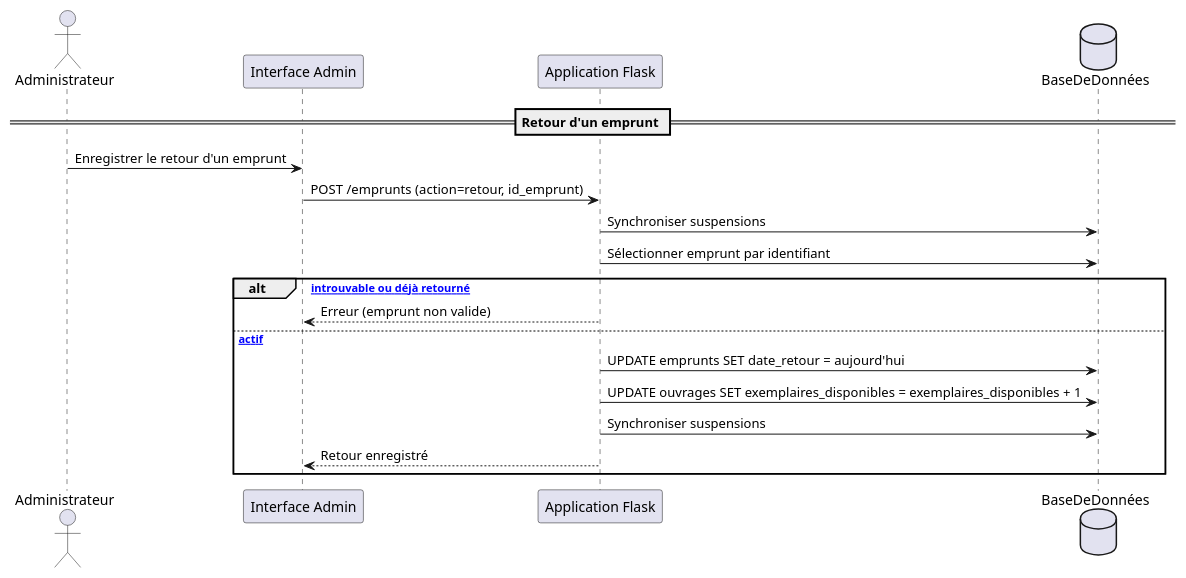
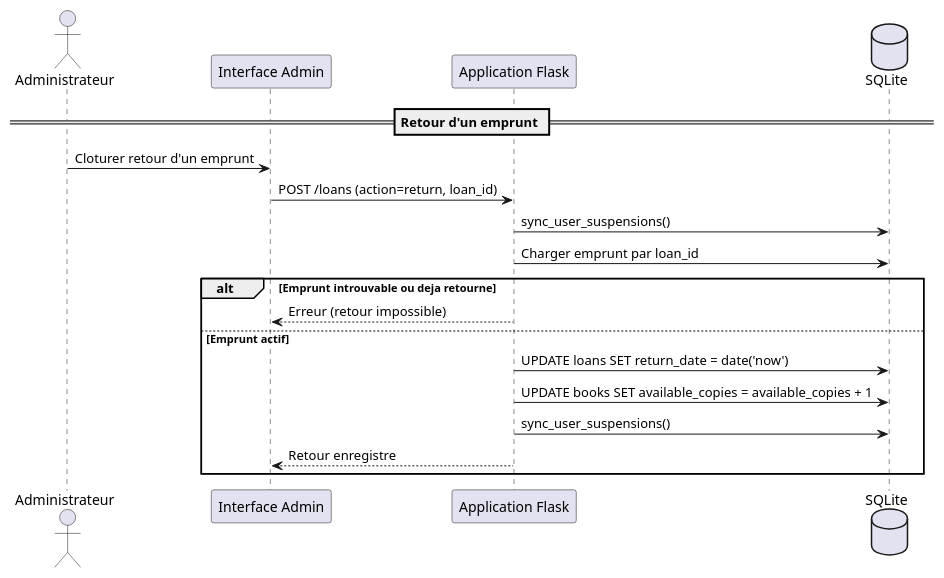
One commit to JunRoot29/Gestion-d-une-Bibliotheque changed the diagram in diagrams/sequence_retour.puml. Above: the diagram before and after it, drawn with PlantUML. The commit also changed 7 other files, not shown here.

Commit message:
Mise à jour des diagrammes

```diff
--- a/diagrams/sequence_retour.puml
+++ b/diagrams/sequence_retour.puml
@@ -1,21 +1,21 @@
 @startuml
-actor Administrateur
+actor "Administrateur" as A
 participant "Interface Admin" as UI
 participant "Application Flask" as APP
-database BaseDeDonnées as DB
+database "SQLite" as DB
 
 == Retour d'un emprunt ==
-Administrateur -> UI : Enregistrer le retour d'un emprunt
-UI -> APP : POST /emprunts (action=retour, id_emprunt)
-APP -> DB : Synchroniser suspensions
-APP -> DB : Sélectionner emprunt par identifiant
+A -> UI : Cloturer retour d'un emprunt
+UI -> APP : POST /loans (action=return, loan_id)
+APP -> DB : sync_user_suspensions()
+APP -> DB : Charger emprunt par loan_id
 
-alt [Emprunt introuvable ou déjà retourné]
-  APP --> UI : Erreur (emprunt non valide)
-else [Emprunt actif]
-  APP -> DB : UPDATE emprunts SET date_retour = aujourd'hui
-  APP -> DB : UPDATE ouvrages SET exemplaires_disponibles = exemplaires_disponibles + 1
-  APP -> DB : Synchroniser suspensions
-  APP --> UI : Retour enregistré
+alt Emprunt introuvable ou deja retourne
+  APP --> UI : Erreur (retour impossible)
+else Emprunt actif
+  APP -> DB : UPDATE loans SET return_date = date('now')
+  APP -> DB : UPDATE books SET available_copies = available_copies + 1
+  APP -> DB : sync_user_suspensions()
+  APP --> UI : Retour enregistre
 end
 @enduml
```
